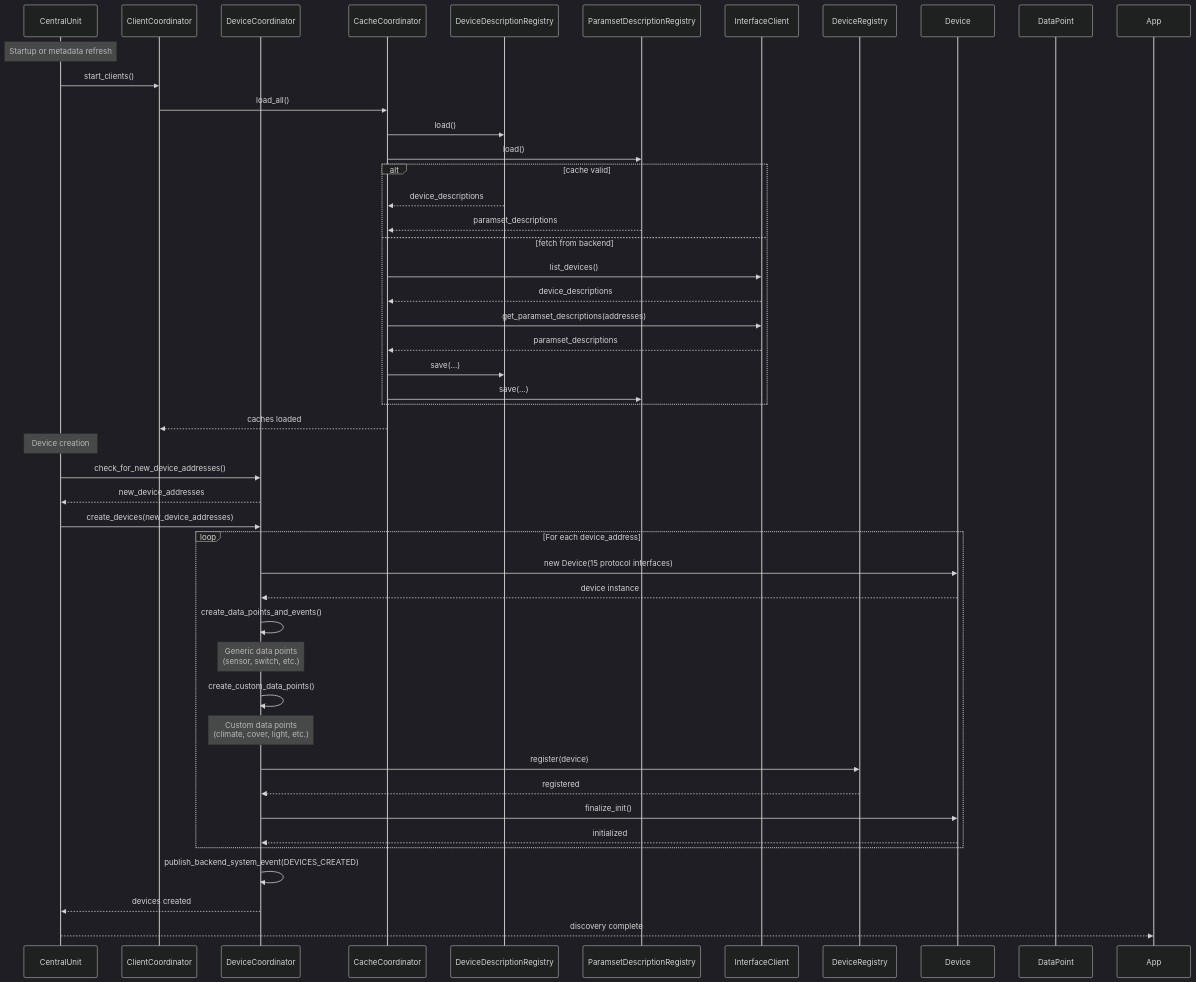
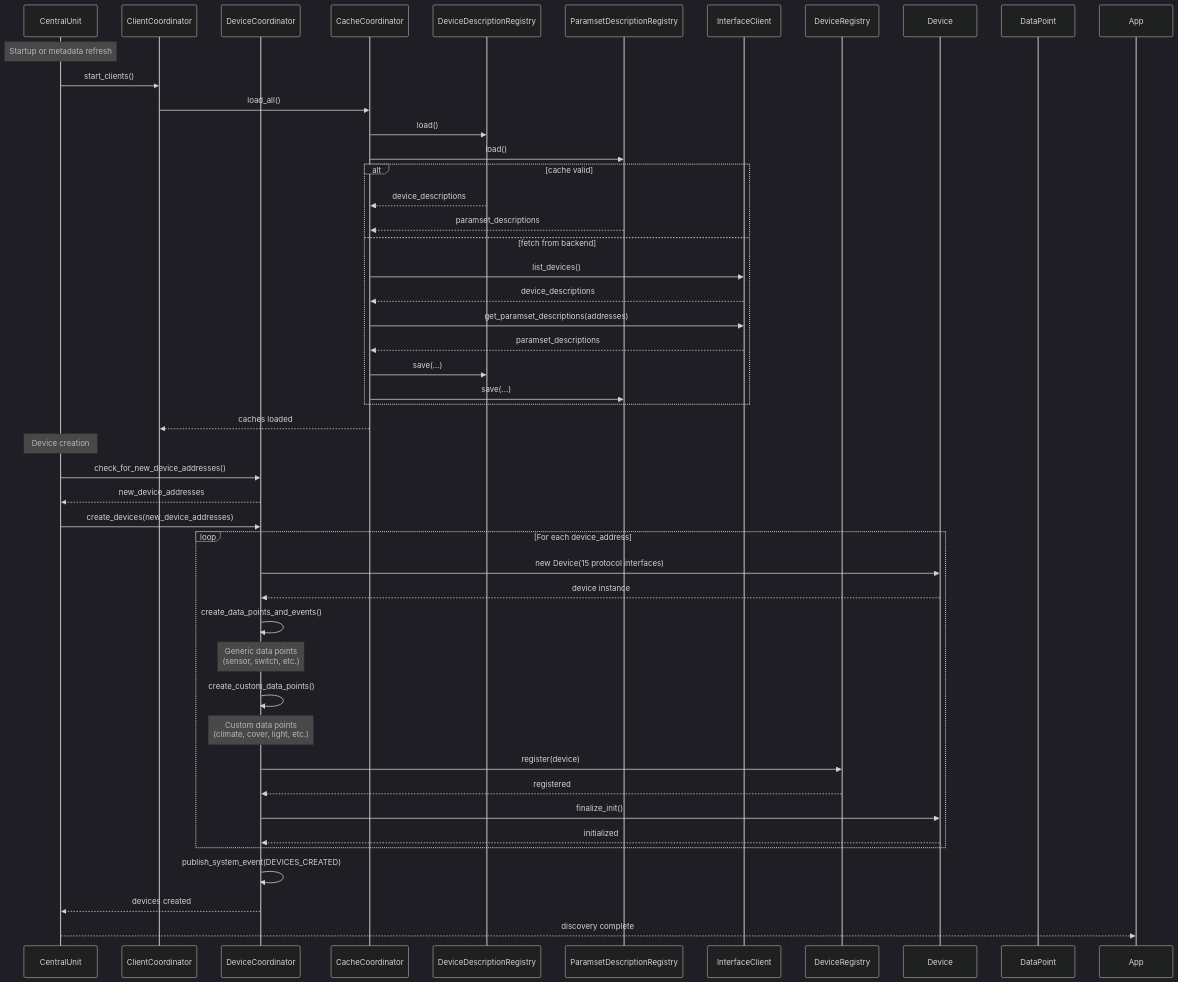
One commit to SukramJ/aiohomematic changed the third of 17 diagrams in docs/architecture/sequence_diagrams.md. Above: the diagram before and after it, drawn with Mermaid (dark theme). The commit also changed other lines of this file and 17 other files, not shown here.

````diff
--- a/docs/architecture/sequence_diagrams.md
+++ b/docs/architecture/sequence_diagrams.md
@@ -209,58 +209,58 @@
 ```mermaid
 sequenceDiagram
   participant C as CentralUnit
   participant CC as ClientCoordinator
   participant DC as DeviceCoordinator
   participant CaC as CacheCoordinator
   participant DDC as DeviceDescriptionRegistry
   participant PDC as ParamsetDescriptionRegistry
   participant CX as InterfaceClient
   participant DR as DeviceRegistry
   participant D as Device
   participant DP as DataPoint
 
   Note over C: Startup or metadata refresh
   C->>CC: start_clients()
   CC->>CaC: load_all()
   CaC->>DDC: load()
   CaC->>PDC: load()
 
   alt cache valid
     DDC-->>CaC: device_descriptions
     PDC-->>CaC: paramset_descriptions
   else fetch from backend
     CaC->>CX: list_devices()
     CX-->>CaC: device_descriptions
     CaC->>CX: get_paramset_descriptions(addresses)
     CX-->>CaC: paramset_descriptions
     CaC->>DDC: save(...)
     CaC->>PDC: save(...)
   end
   CaC-->>CC: caches loaded
 
   Note over C: Device creation
   C->>DC: check_for_new_device_addresses()
   DC-->>C: new_device_addresses
 
   C->>DC: create_devices(new_device_addresses)
 
   loop For each device_address
     DC->>D: new Device(15 protocol interfaces)
     D-->>DC: device instance
 
     DC->>DC: create_data_points_and_events()
     Note over DC: Generic data points<br/>(sensor, switch, etc.)
     DC->>DC: create_custom_data_points()
     Note over DC: Custom data points<br/>(climate, cover, light, etc.)
 
     DC->>DR: register(device)
     DR-->>DC: registered
 
     DC->>D: finalize_init()
     D-->>DC: initialized
   end
 
-  DC->>DC: publish_backend_system_event(DEVICES_CREATED)
+  DC->>DC: publish_system_event(DEVICES_CREATED)
   DC-->>C: devices created
   C-->>App: discovery complete
 ```
````
